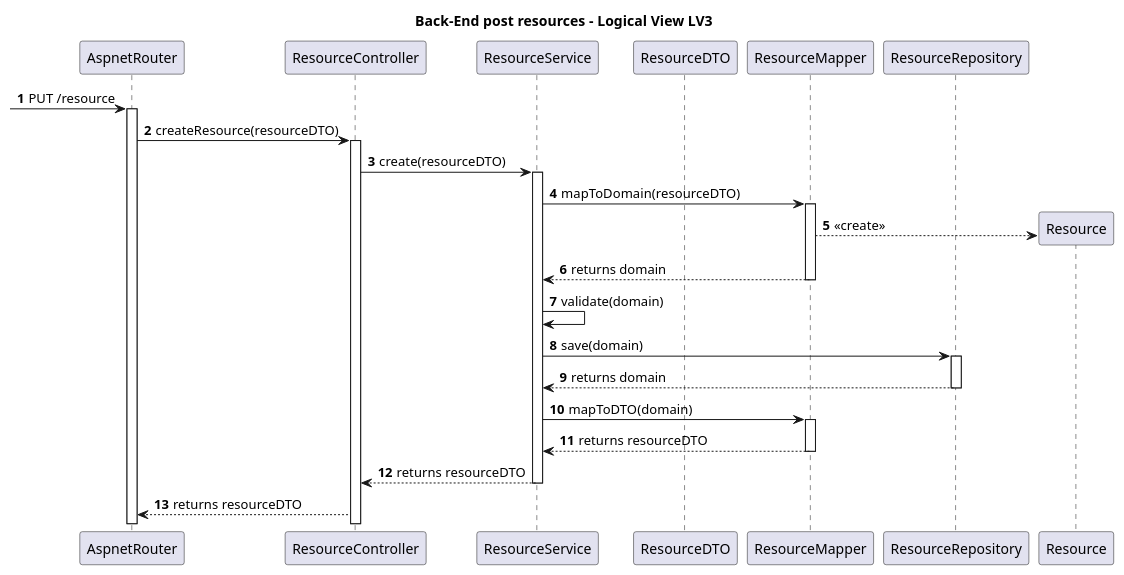
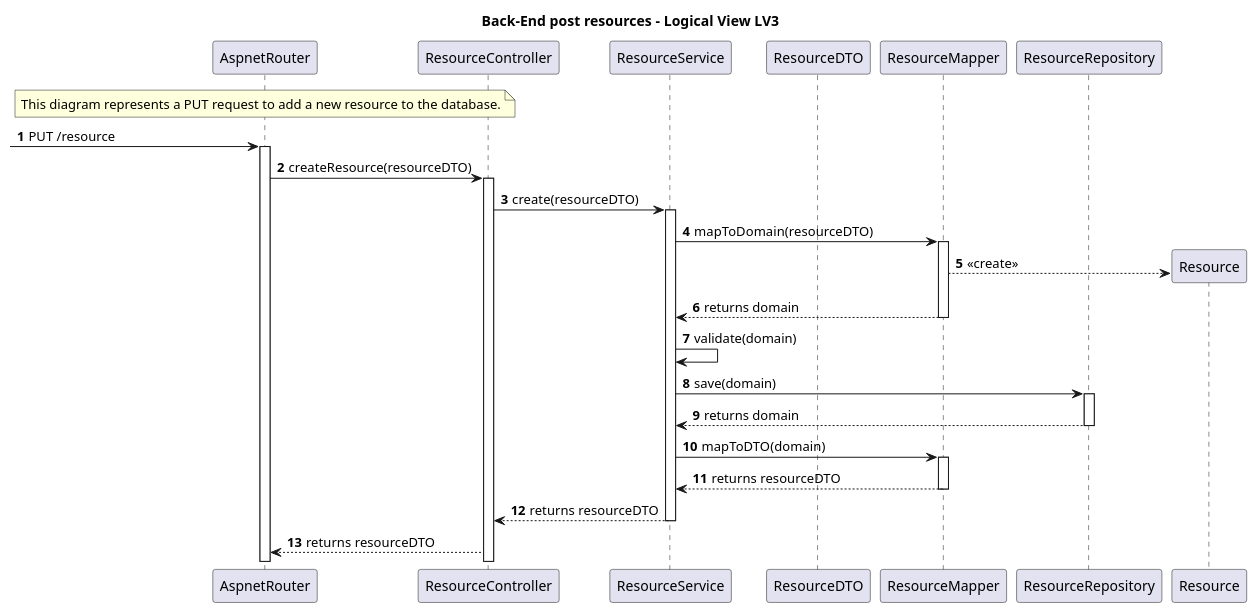
Before and after one commit to Saquinho74/LAPR5: the diagram in Docs/SprintA/global_artifacts/generic_POST/level3/genericPUTLevel3.puml, drawn with PlantUML. The commit also changed 6 other files, not shown here.

```diff
--- a/Docs/SprintA/global_artifacts/generic_POST/level3/genericPUTLevel3.puml
+++ b/Docs/SprintA/global_artifacts/generic_POST/level3/genericPUTLevel3.puml
@@ -1,42 +1,49 @@
 @startuml
 autonumber
 skinparam packageStyle rect
 
 title Back-End post resources - Logical View LV3
 
 participant AspnetRouter as router
 participant ResourceController as ctrl
 participant ResourceService as service
 participant ResourceDTO as dto
 participant ResourceMapper as mapper
 participant ResourceRepository as repo
 participant Resource as domain
+
+
+
+note over router
+This diagram represents a PUT request to add a new resource to the database.
+end note
+
 
 -> router: PUT /resource
 activate router
 router -> ctrl: createResource(resourceDTO)
 activate ctrl
 ctrl -> service: create(resourceDTO)
 activate service
 service -> mapper: mapToDomain(resourceDTO)
 activate mapper
 mapper --> domain** : <<create>>
 mapper --> service : returns domain
 deactivate mapper
 service -> service: validate(domain)
 service -> repo: save(domain)
 activate repo
 repo --> service : returns domain
 deactivate repo
 service -> mapper: mapToDTO(domain)
 activate mapper
 mapper --> service : returns resourceDTO
 deactivate mapper
 service --> ctrl : returns resourceDTO
 deactivate service
 ctrl --> router : returns resourceDTO
 
 
 
 
 @enduml
```
